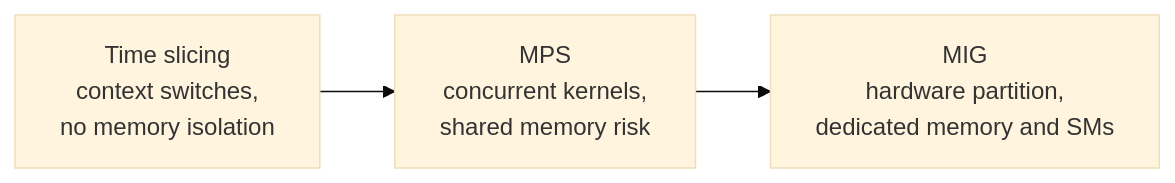
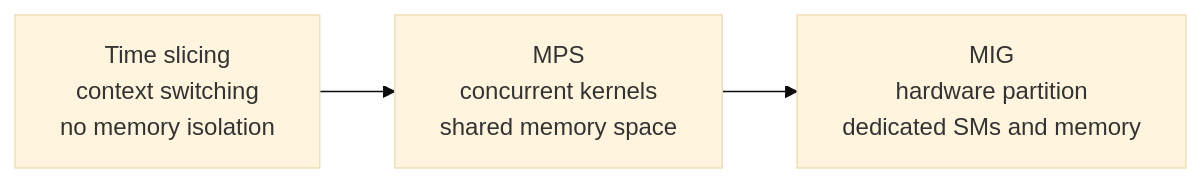
One commit to arpanpathak/cracking-the-systems-programming-interview changed the fourth of 5 diagrams in systems_design/02-gpu-cluster-scheduling.md. Above: the diagram before and after it, drawn with Mermaid (base theme). The commit also changed other lines of this file and 6 other files, not shown here.

````diff
--- a/systems_design/02-gpu-cluster-scheduling.md
+++ b/systems_design/02-gpu-cluster-scheduling.md
@@ -107,5 +115,5 @@
 ```mermaid
 flowchart LR
-    TS["Time slicing<br/>context switches,<br/>no memory isolation"] --> MPS["MPS<br/>concurrent kernels,<br/>shared memory risk"]
-    MPS --> MIG["MIG<br/>hardware partition,<br/>dedicated memory and SMs"]
+    TS["Time slicing<br/>context switching<br/>no memory isolation"] --> MPS["MPS<br/>concurrent kernels<br/>shared memory space"]
+    MPS --> MIG["MIG<br/>hardware partition<br/>dedicated SMs and memory"]
 ```
````
